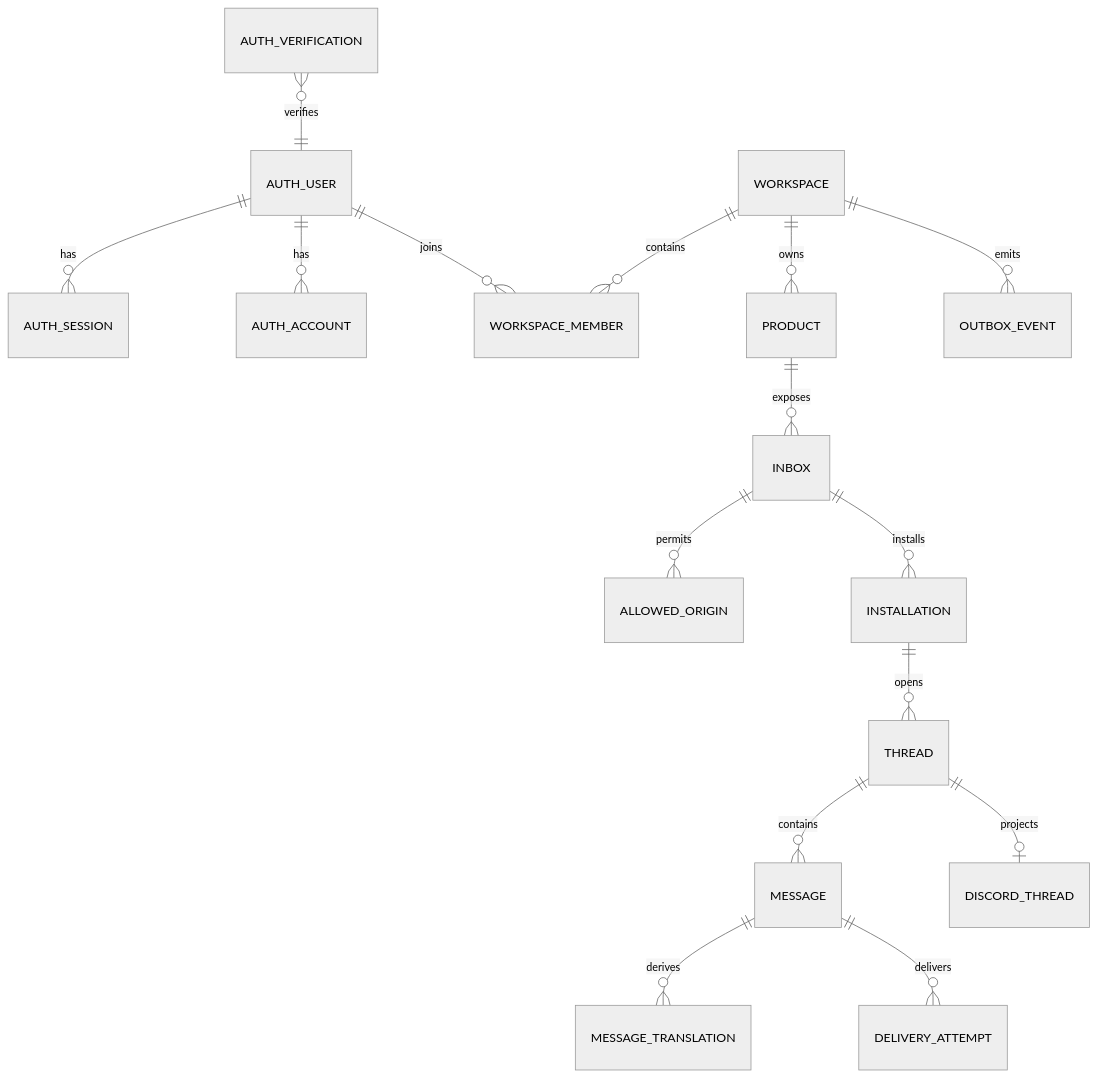
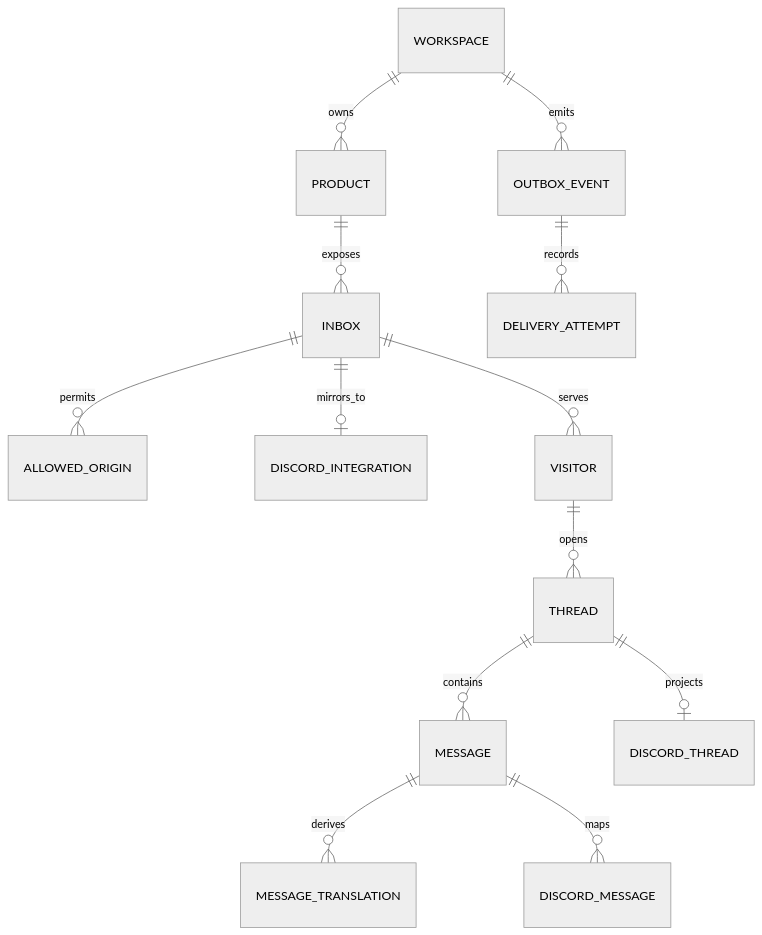
The third of 3 diagrams in docs/architecture/base-v1.md (xanthous-tech/RespondKit), drawn with Mermaid (neutral theme) before and after one commit. The commit also changed other lines of this file, not shown here.

Commit message:
docs: simplify Discord-first architecture

````diff
--- a/docs/architecture/base-v1.md
+++ b/docs/architecture/base-v1.md
@@ -259,18 +268,15 @@
 ```mermaid
 erDiagram
-  AUTH_USER ||--o{ AUTH_SESSION : has
-  AUTH_USER ||--o{ AUTH_ACCOUNT : has
-  AUTH_USER ||--o{ WORKSPACE_MEMBER : joins
-  WORKSPACE ||--o{ WORKSPACE_MEMBER : contains
   WORKSPACE ||--o{ PRODUCT : owns
   PRODUCT ||--o{ INBOX : exposes
   INBOX ||--o{ ALLOWED_ORIGIN : permits
-  INBOX ||--o{ INSTALLATION : installs
-  INSTALLATION ||--o{ THREAD : opens
+  INBOX ||--o| DISCORD_INTEGRATION : mirrors_to
+  INBOX ||--o{ VISITOR : serves
+  VISITOR ||--o{ THREAD : opens
   THREAD ||--o{ MESSAGE : contains
   MESSAGE ||--o{ MESSAGE_TRANSLATION : derives
   THREAD ||--o| DISCORD_THREAD : projects
-  MESSAGE ||--o{ DELIVERY_ATTEMPT : delivers
+  MESSAGE ||--o{ DISCORD_MESSAGE : maps
   WORKSPACE ||--o{ OUTBOX_EVENT : emits
-  AUTH_VERIFICATION }o--|| AUTH_USER : verifies
+  OUTBOX_EVENT ||--o{ DELIVERY_ATTEMPT : records
 ```
````
